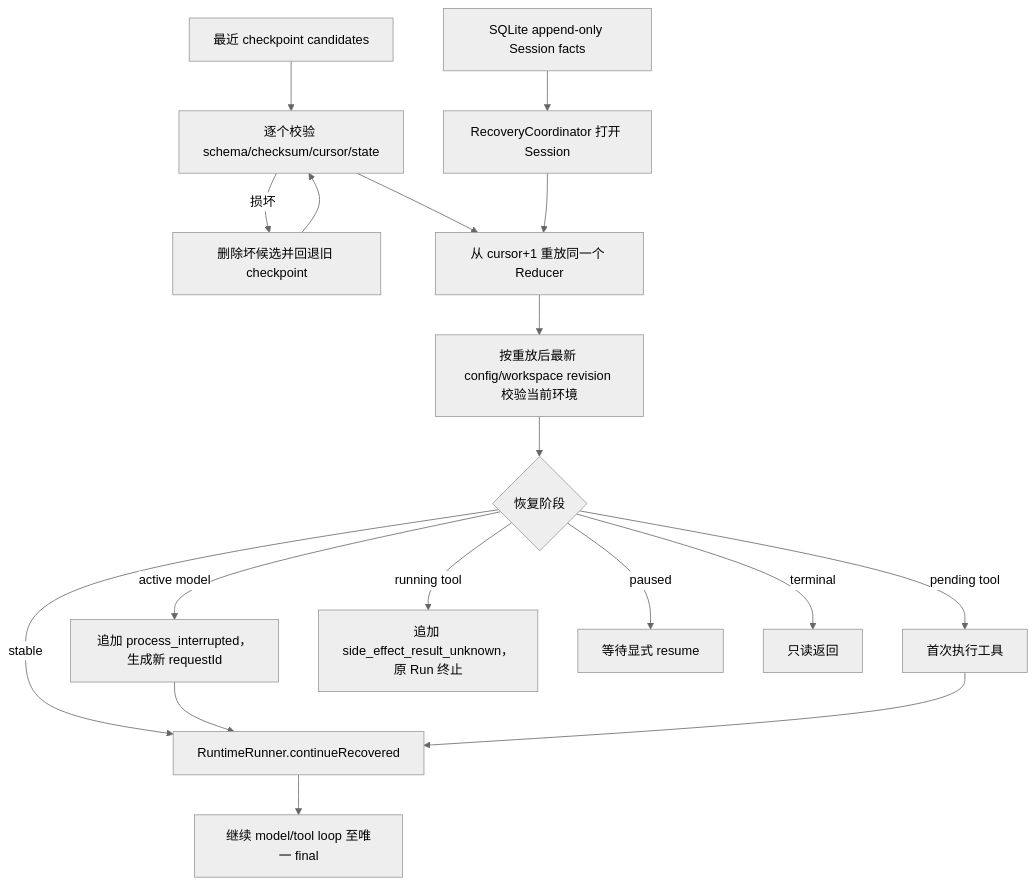
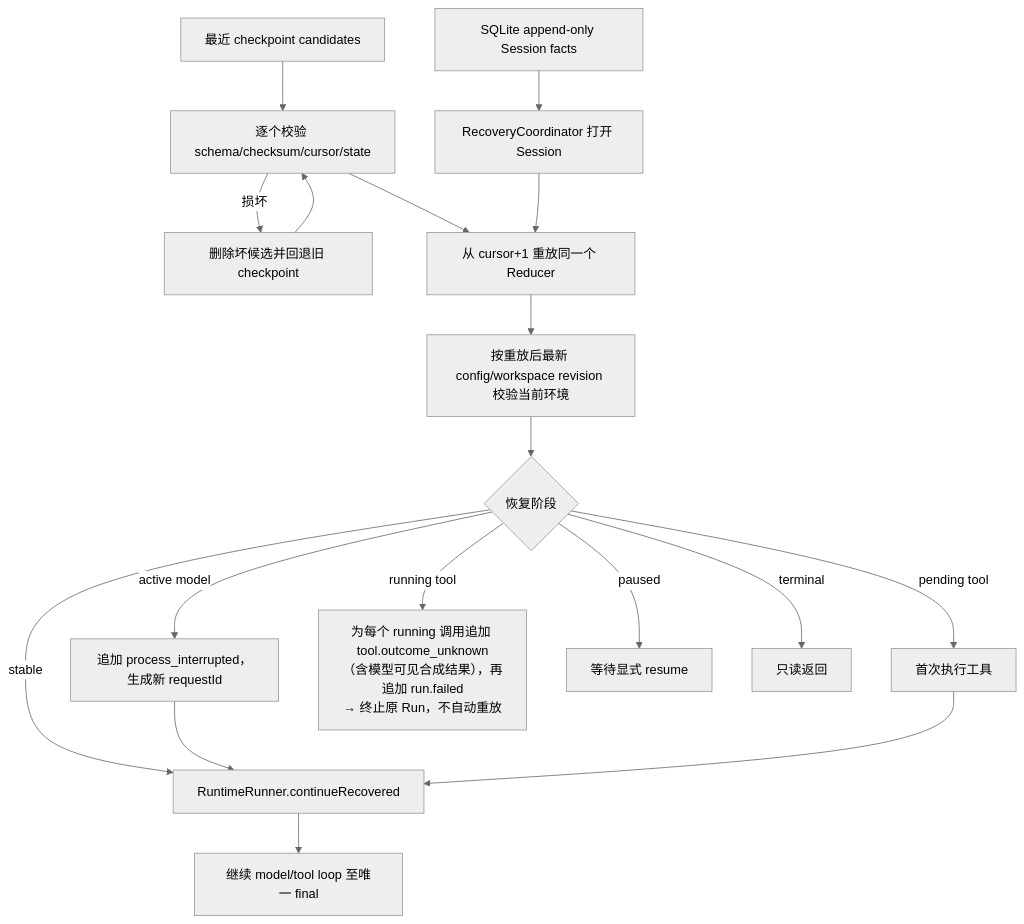
The third of 3 diagrams in docs/data-flow/m2-m4-runtime-flow.md (hk865/coding-agent), drawn with Mermaid (neutral theme) before and after one commit. The commit also changed other lines of this file and 71 other files, not shown here.

````diff
--- a/docs/data-flow/m2-m4-runtime-flow.md
+++ b/docs/data-flow/m2-m4-runtime-flow.md
@@ -101,20 +109,20 @@
 ```mermaid
 flowchart TD
   Facts["SQLite append-only Session facts"] --> Open["RecoveryCoordinator 打开 Session"]
   Checkpoints["最近 checkpoint candidates"] --> Select["逐个校验 schema/checksum/cursor/state"]
   Select -->|损坏| Older["删除坏候选并回退旧 checkpoint"]
   Older --> Select
   Select --> Replay["从 cursor+1 重放同一个 Reducer"]
   Open --> Replay
   Replay --> Env["按重放后最新 config/workspace revision 校验当前环境"]
   Env --> Phase{"恢复阶段"}
   Phase -->|active model| Interrupted["追加 process_interrupted，生成新 requestId"]
   Phase -->|pending tool| FirstRun["首次执行工具"]
-  Phase -->|running tool| Unknown["追加 side_effect_result_unknown，原 Run 终止"]
+  Phase -->|running tool| Unknown["为每个 running 调用追加 tool.outcome_unknown<br/>（含模型可见合成结果），再追加 run.failed<br/>→ 终止原 Run，不自动重放"]
   Phase -->|stable| Continue["RuntimeRunner.continueRecovered"]
   Phase -->|paused| Paused["等待显式 resume"]
   Phase -->|terminal| Terminal["只读返回"]
   Interrupted --> Continue
   FirstRun --> Continue
   Continue --> Final["继续 model/tool loop 至唯一 final"]
 ```
````
